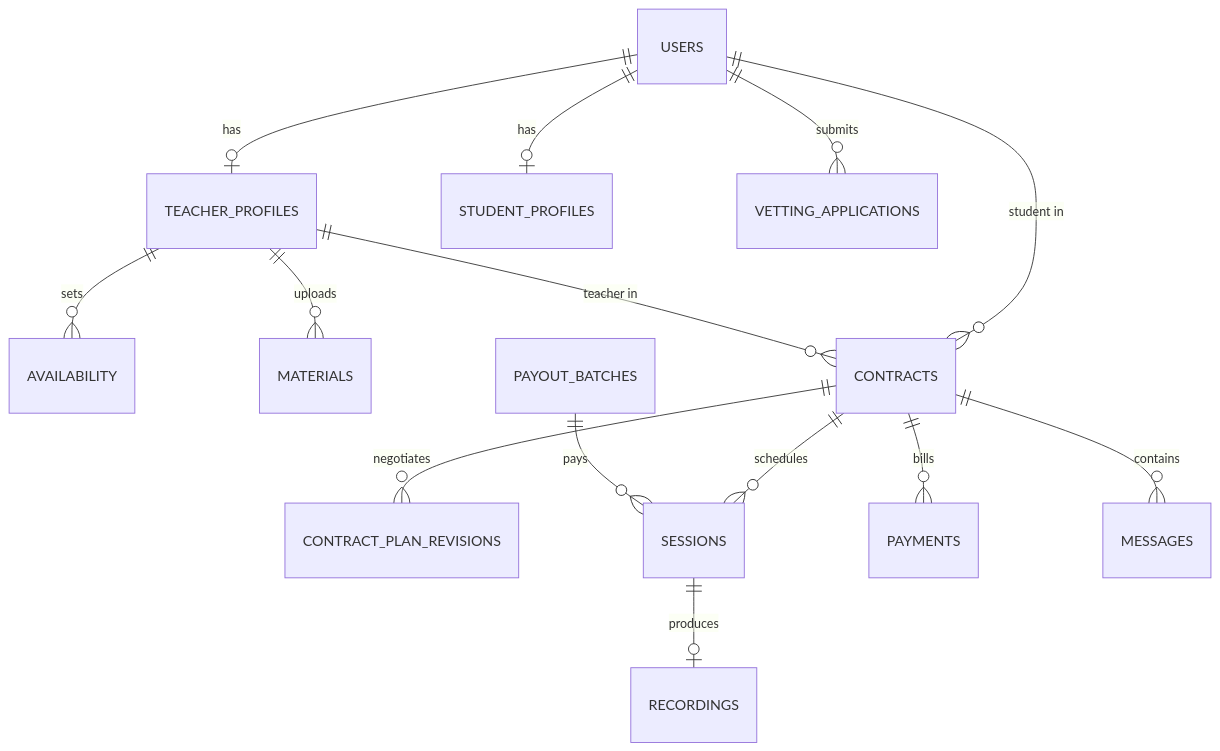
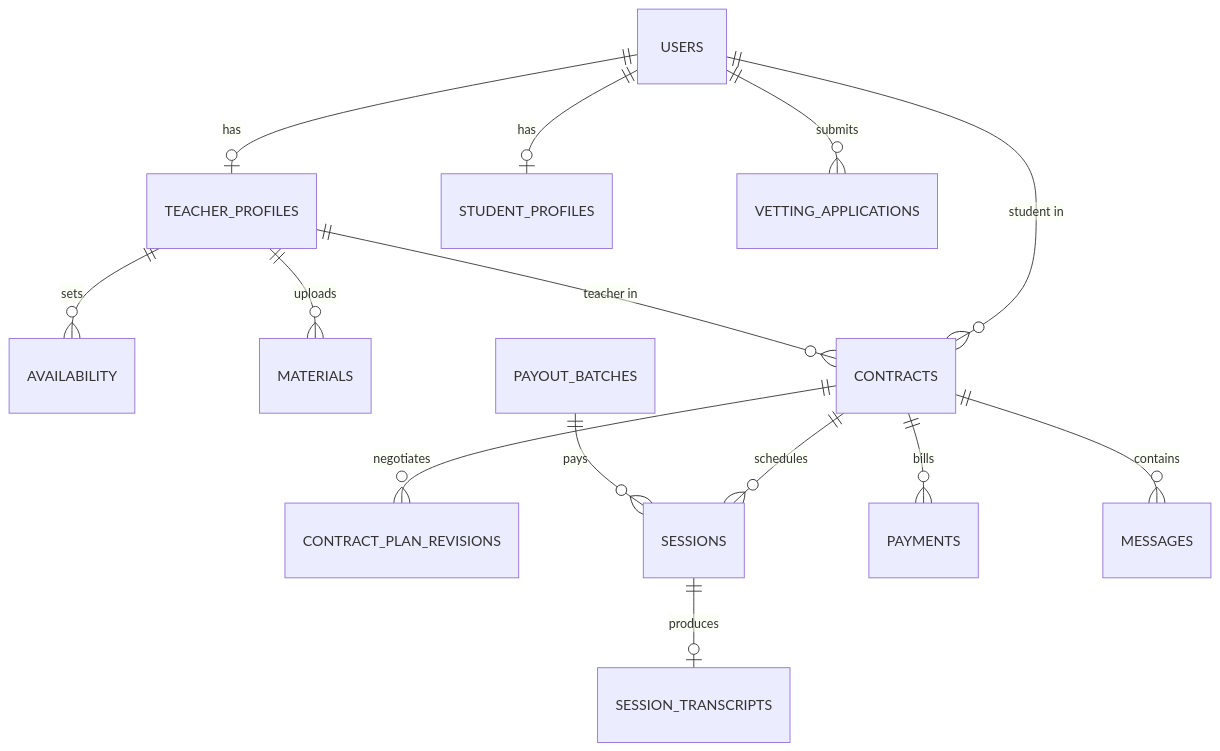
The third of 3 diagrams in nisbah-learning-design-doc.md (Vishnu373/nisbah-learning), drawn with Mermaid before and after one commit. The commit also changed other lines of this file and 1 other file, not shown here.

````diff
--- a/nisbah-learning-design-doc.md
+++ b/nisbah-learning-design-doc.md
@@ -162,16 +162,16 @@
 ```mermaid
 erDiagram
     USERS ||--o| TEACHER_PROFILES : has
     USERS ||--o| STUDENT_PROFILES : has
     TEACHER_PROFILES ||--o{ AVAILABILITY : sets
     TEACHER_PROFILES ||--o{ MATERIALS : uploads
     USERS ||--o{ CONTRACTS : "student in"
     TEACHER_PROFILES ||--o{ CONTRACTS : "teacher in"
     CONTRACTS ||--o{ CONTRACT_PLAN_REVISIONS : negotiates
     CONTRACTS ||--o{ SESSIONS : schedules
-    SESSIONS ||--o| RECORDINGS : produces
+    SESSIONS ||--o| SESSION_TRANSCRIPTS : produces
     CONTRACTS ||--o{ PAYMENTS : bills
     CONTRACTS ||--o{ MESSAGES : contains
     PAYOUT_BATCHES ||--o{ SESSIONS : pays
     USERS ||--o{ VETTING_APPLICATIONS : submits
 ```
````
